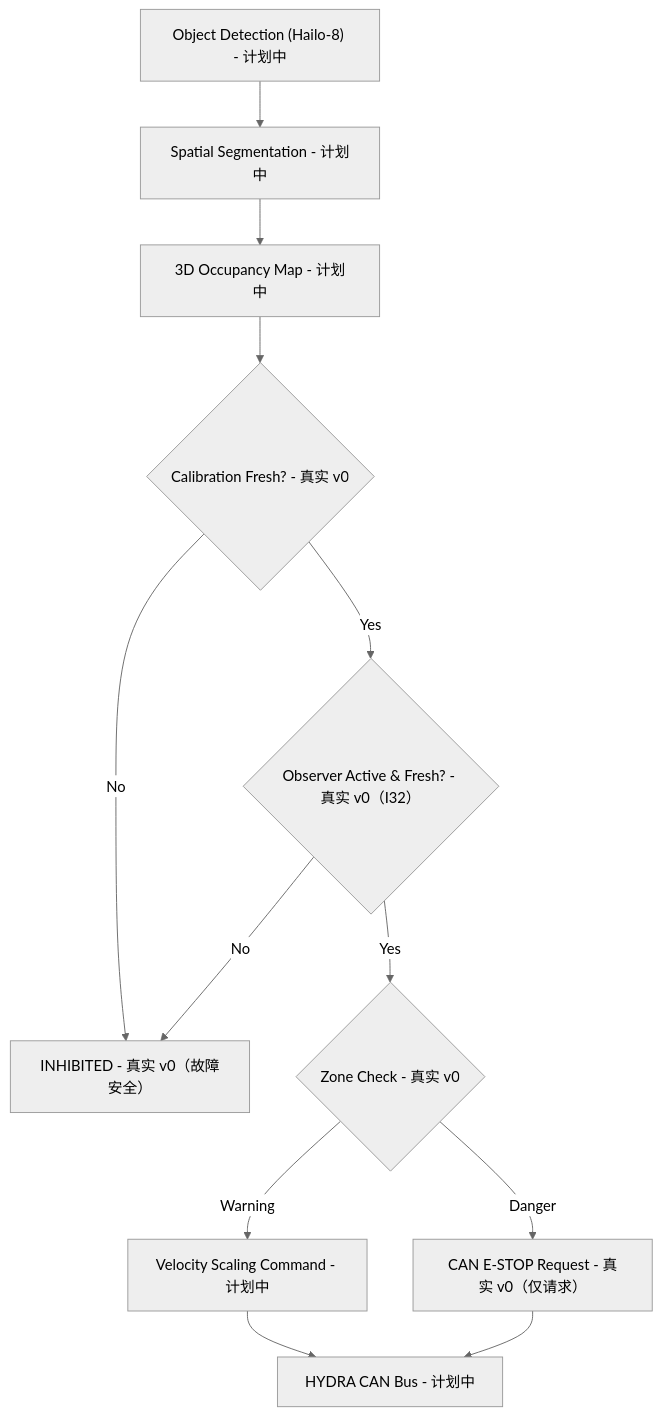
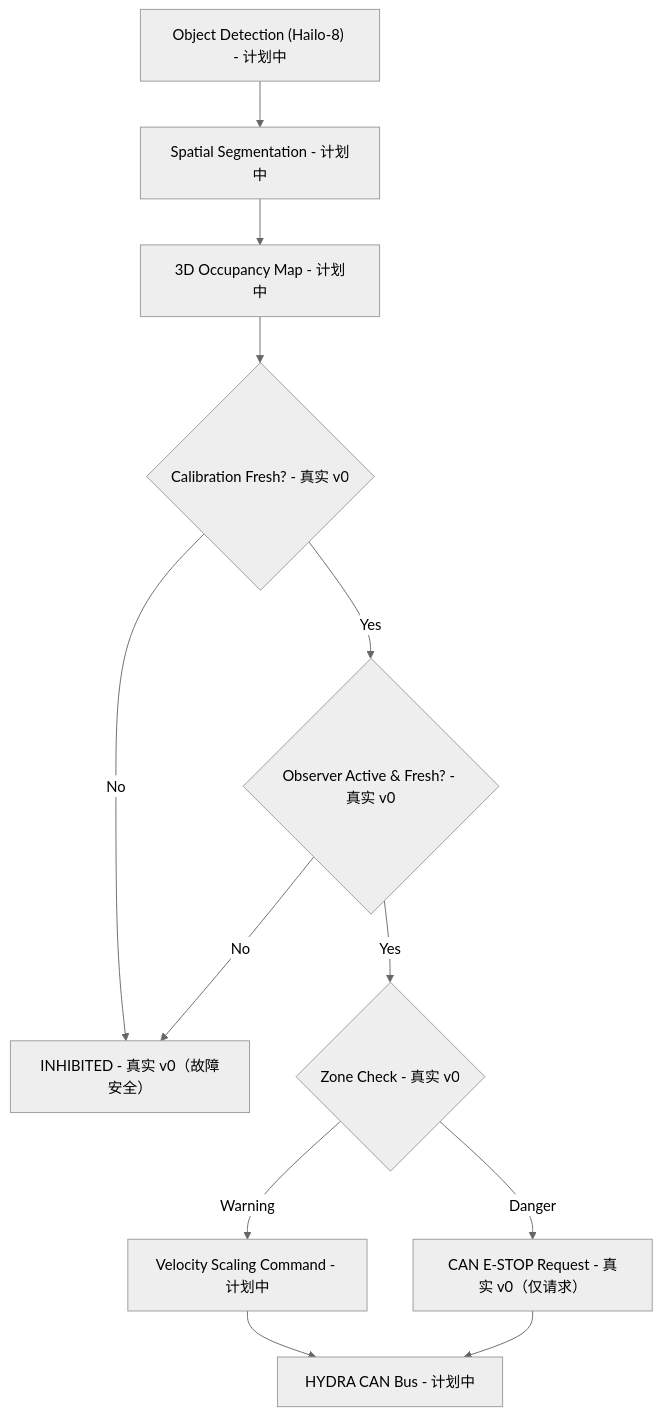
Before and after one commit to JuanenRac/HYDRA-UMC-SAFETY-ZONES: the diagram in README_zho.md, drawn with Mermaid (neutral theme). The commit also changed other lines of this file and 8 other files, not shown here.

````diff
--- a/README_zho.md
+++ b/README_zho.md
@@ -76,14 +76,14 @@
 ```mermaid
 flowchart TB
     DET["Object Detection (Hailo-8) - 计划中"] --> SEG["Spatial Segmentation - 计划中"]
     SEG --> MAP["3D Occupancy Map - 计划中"]
     MAP --> CAL{"Calibration Fresh? - 真实 v0"}
     CAL -- No --> INHIBIT["INHIBITED - 真实 v0（故障安全）"]
-    CAL -- Yes --> OBS{"Observer Active & Fresh? - 真实 v0（I32）"}
+    CAL -- Yes --> OBS{"Observer Active & Fresh? - 真实 v0"}
     OBS -- No --> INHIBIT
     OBS -- Yes --> ZONE{"Zone Check - 真实 v0"}
     ZONE -- Warning --> SLOW["Velocity Scaling Command - 计划中"]
     ZONE -- Danger --> STOP["CAN E-STOP Request - 真实 v0（仅请求）"]
     SLOW --> CAN["HYDRA CAN Bus - 计划中"]
     STOP --> CAN
 ```
````
